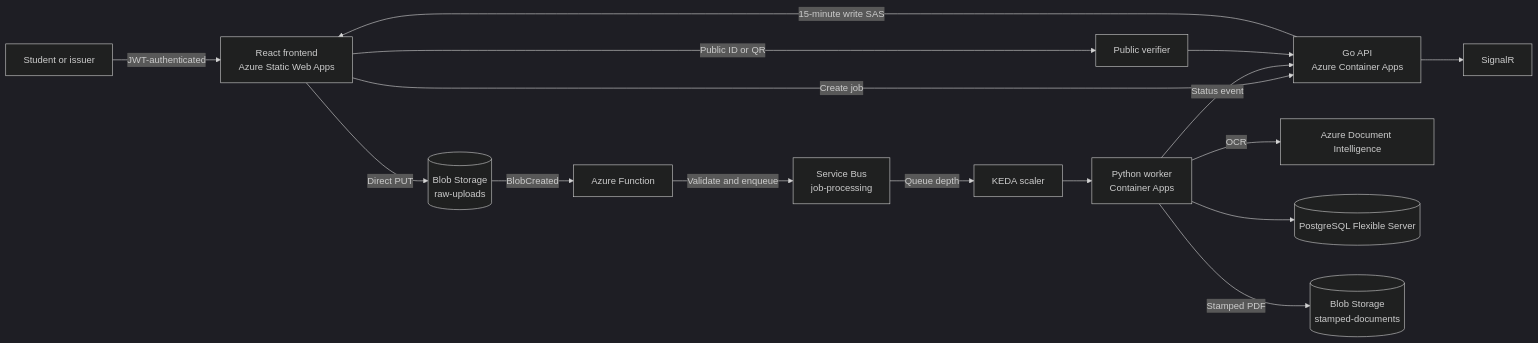
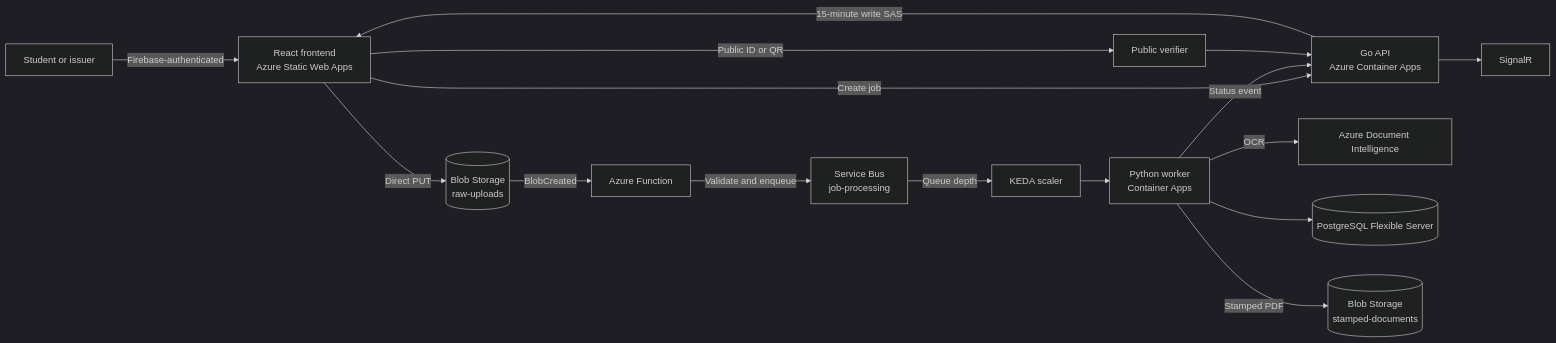
The first of 3 diagrams in README.md (Destroyer795/Credenviel), drawn with Mermaid (dark theme) before and after one commit. The commit also changed other lines of this file and 1 other file, not shown here.

Commit message:
docs: add Firebase setup guide
Covers local development with the emulator, setting up a real Firebase project, how roles work and operational notes.

````diff
--- a/README.md
+++ b/README.md
@@ -21,18 +21,18 @@
 ```mermaid
 flowchart LR
-    U[Student or issuer] -->|JWT-authenticated| FE[React frontend\nAzure Static Web Apps]
+    U[Student or issuer] -->|Firebase-authenticated| FE[React frontend\nAzure Static Web Apps]
     FE -->|Create job| API[Go API\nAzure Container Apps]
     API -->|15-minute write SAS| FE
     FE -->|Direct PUT| RAW[(Blob Storage\nraw-uploads)]
     RAW -->|BlobCreated| FN[Azure Function]
     FN -->|Validate and enqueue| SB[Service Bus\njob-processing]
     SB -->|Queue depth| KEDA[KEDA scaler]
     KEDA --> W[Python worker\nContainer Apps]
     W -->|OCR| DI[Azure Document Intelligence]
     W --> DB[(PostgreSQL Flexible Server)]
     W -->|Stamped PDF| OUT[(Blob Storage\nstamped-documents)]
     W -->|Status event| API
     API --> SIG[SignalR]
     FE -->|Public ID or QR| VERIFY[Public verifier]
     VERIFY --> API
 ```
````
